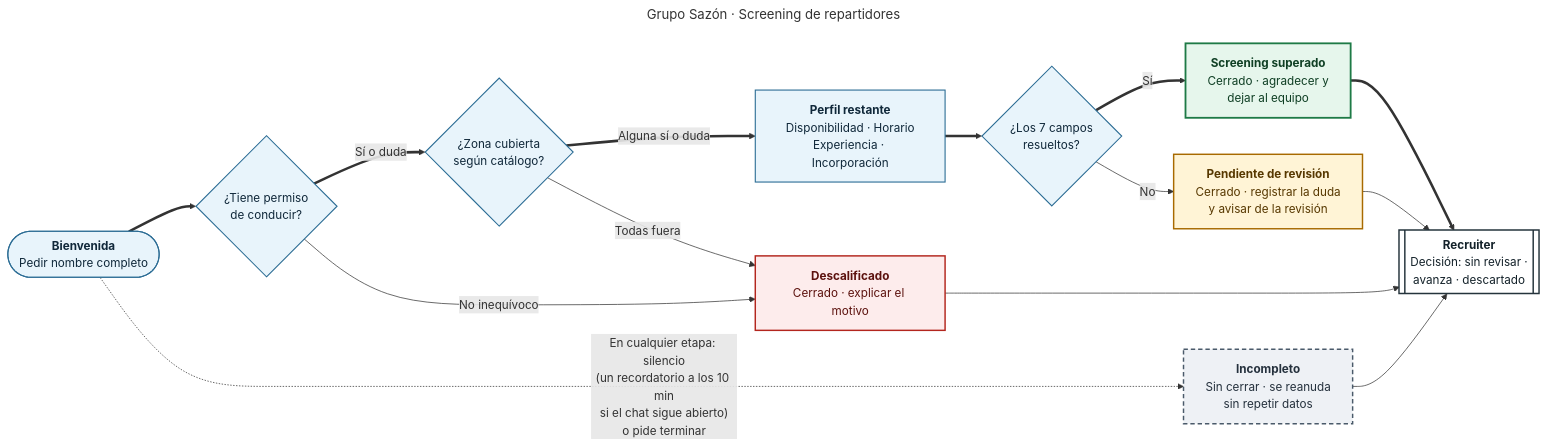
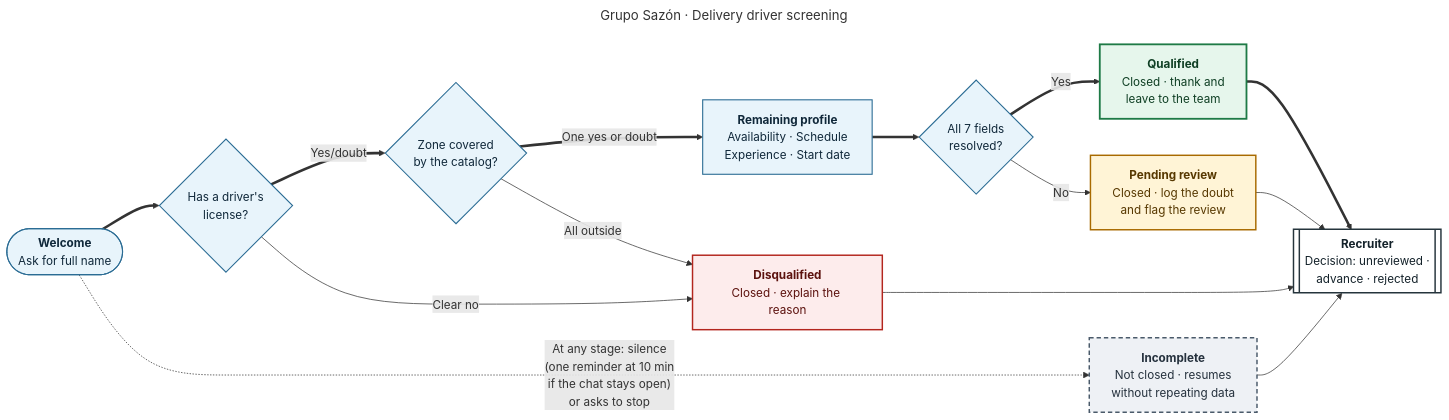
The diagram in docs/design/conversation-flow.mmd (liberto6/PruebaOrbio), drawn with Mermaid before and after one commit. The commit also changed 7 other files, not shown here.

Commit message:
Translate the process design and flow diagram to English

```diff
--- a/docs/design/conversation-flow.mmd
+++ b/docs/design/conversation-flow.mmd
@@ -1,33 +1,33 @@
 ---
-title: Grupo Sazón · Screening de repartidores
+title: Grupo Sazón · Delivery driver screening
 ---
 flowchart LR
-    A(["<b>Bienvenida</b><br/>Pedir nombre completo"]) ==> B{"¿Tiene permiso<br/>de conducir?"}
-    B == "Sí o duda" ==> C{"¿Zona cubierta<br/>según catálogo?"}
-    C == "Alguna sí o duda" ==> D["<b>Perfil restante</b><br/>Disponibilidad · Horario<br/>Experiencia · Incorporación"]
-    D ==> E{"¿Los 7 campos<br/>resueltos?"}
-    E == "Sí" ==> OK["<b>Screening superado</b><br/>Cerrado · agradecer y<br/>dejar al equipo"]
-    E -- "No" --> REV["<b>Pendiente de revisión</b><br/>Cerrado · registrar la duda<br/>y avisar de la revisión"]
+    A(["<b>Welcome</b><br/>Ask for full name"]) ==> B{"Has a driver's<br/>license?"}
+    B == "Yes/doubt" ==> C{"Zone covered<br/>by the catalog?"}
+    C == "One yes or doubt" ==> D["<b>Remaining profile</b><br/>Availability · Schedule<br/>Experience · Start date"]
+    D ==> E{"All 7 fields<br/>resolved?"}
+    E == "Yes" ==> OK["<b>Qualified</b><br/>Closed · thank and<br/>leave to the team"]
+    E -- "No" --> REV["<b>Pending review</b><br/>Closed · log the doubt<br/>and flag the review"]
 
-    B -- "No inequívoco" --> REJ["<b>Descalificado</b><br/>Cerrado · explicar el motivo"]
-    C -- "Todas fuera" --> REJ
+    B -- "Clear no" --> REJ["<b>Disqualified</b><br/>Closed · explain the reason"]
+    C -- "All outside" --> REJ
 
-    A -. "En cualquier etapa: silencio<br/>(un recordatorio a los 10 min<br/>si el chat sigue abierto)<br/>o pide terminar" .-> INC["<b>Incompleto</b><br/>Sin cerrar · se reanuda<br/>sin repetir datos"]
+    A -. "At any stage: silence<br/>(one reminder at 10 min<br/>if the chat stays open)<br/>or asks to stop" .-> INC["<b>Incomplete</b><br/>Not closed · resumes<br/>without repeating data"]
 
-    OK ==> REC[["<b>Recruiter</b><br/>Decisión: sin revisar ·<br/>avanza · descartado"]]
+    OK ==> REC[["<b>Recruiter</b><br/>Decision: unreviewed ·<br/>advance · rejected"]]
     REV --> REC
     REJ --> REC
     INC --> REC
 
     classDef step fill:#e8f4fb,stroke:#2b6c94,color:#10283a,stroke-width:1.5px
     classDef bad fill:#fdecec,stroke:#b3261e,color:#5c120e,stroke-width:2px
     classDef good fill:#e6f6ec,stroke:#1e7a46,color:#0f3f24,stroke-width:2.5px
     classDef warn fill:#fff4d6,stroke:#a86a00,color:#573800,stroke-width:2px
     classDef idle fill:#eef1f5,stroke:#4a5a6a,color:#25313d,stroke-width:2px,stroke-dasharray:6 4
     classDef team fill:#ffffff,stroke:#25343c,color:#14222a,stroke-width:2px
     class A,B,C,D,E step
     class REJ bad
     class OK good
     class REV warn
     class INC idle
     class REC team
```
